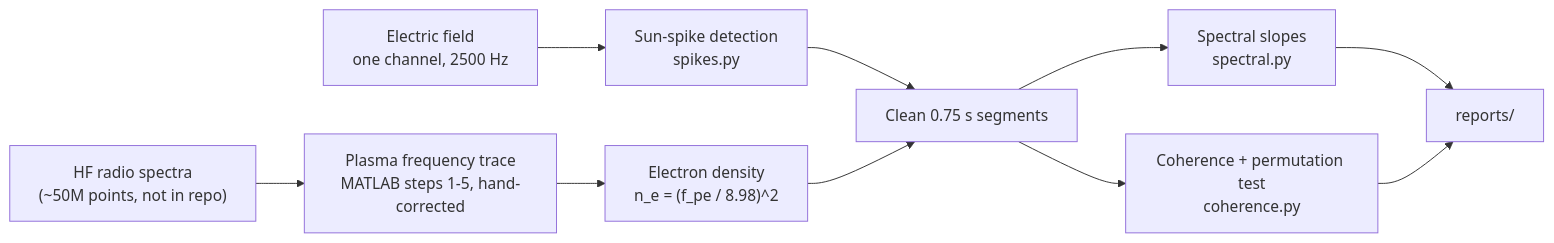
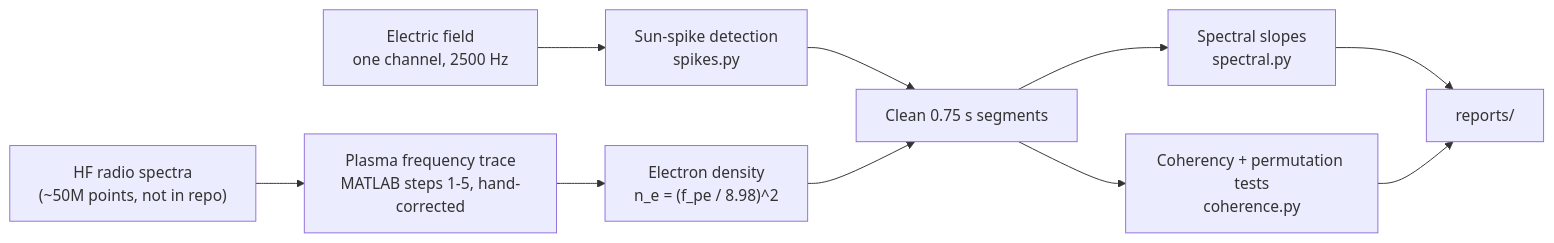
The diagram in README.md (valentim7/plasma_physics), drawn with Mermaid before and after one commit. The commit also changed other lines of this file and 2 other files, not shown here.

````diff
--- a/README.md
+++ b/README.md
@@ -31,12 +34,12 @@
 ```mermaid
 flowchart LR
     HF["HF radio spectra<br/>(~50M points, not in repo)"] --> PF["Plasma frequency trace<br/>MATLAB steps 1-5, hand-corrected"]
     PF --> NE["Electron density<br/>n_e = (f_pe / 8.98)^2"]
     EF["Electric field<br/>one channel, 2500 Hz"] --> SP["Sun-spike detection<br/>spikes.py"]
     SP --> SEG["Clean 0.75 s segments"]
     NE --> SEG
     SEG --> SL["Spectral slopes<br/>spectral.py"]
-    SEG --> CO["Coherence + permutation test<br/>coherence.py"]
+    SEG --> CO["Coherency + permutation tests<br/>coherence.py"]
     SL --> R["reports/"]
     CO --> R
 ```
````
